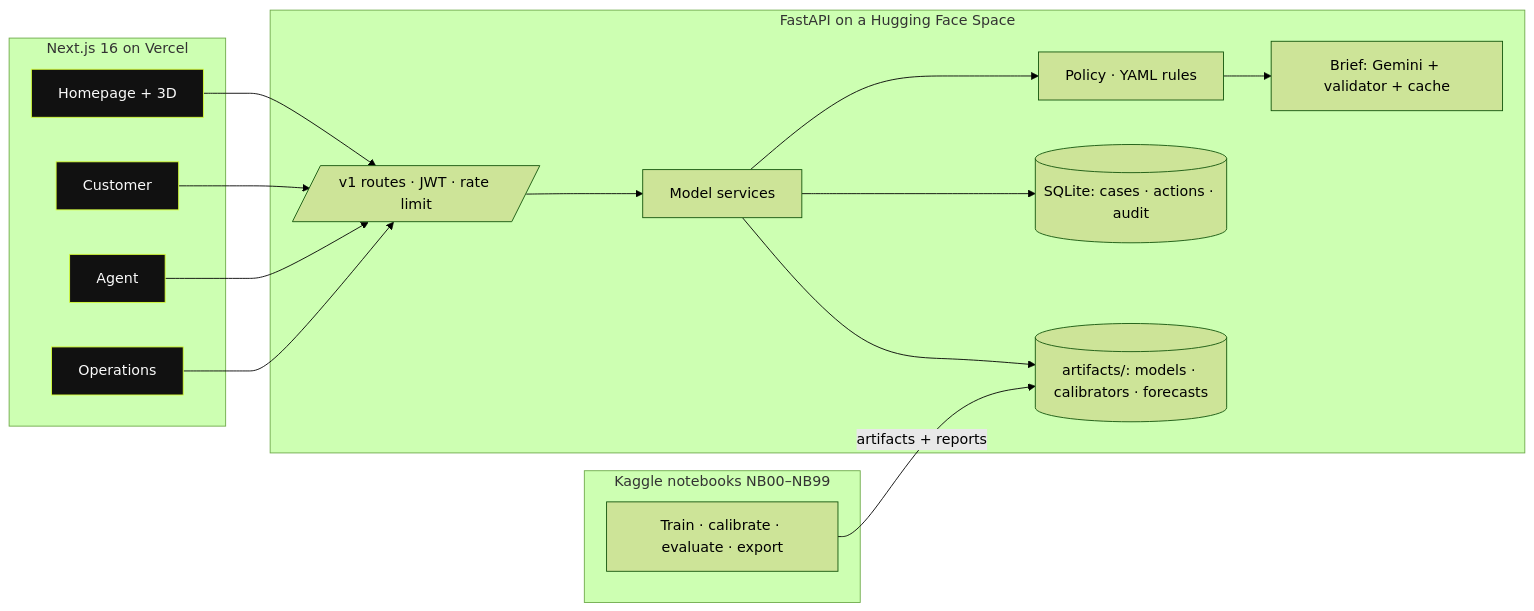
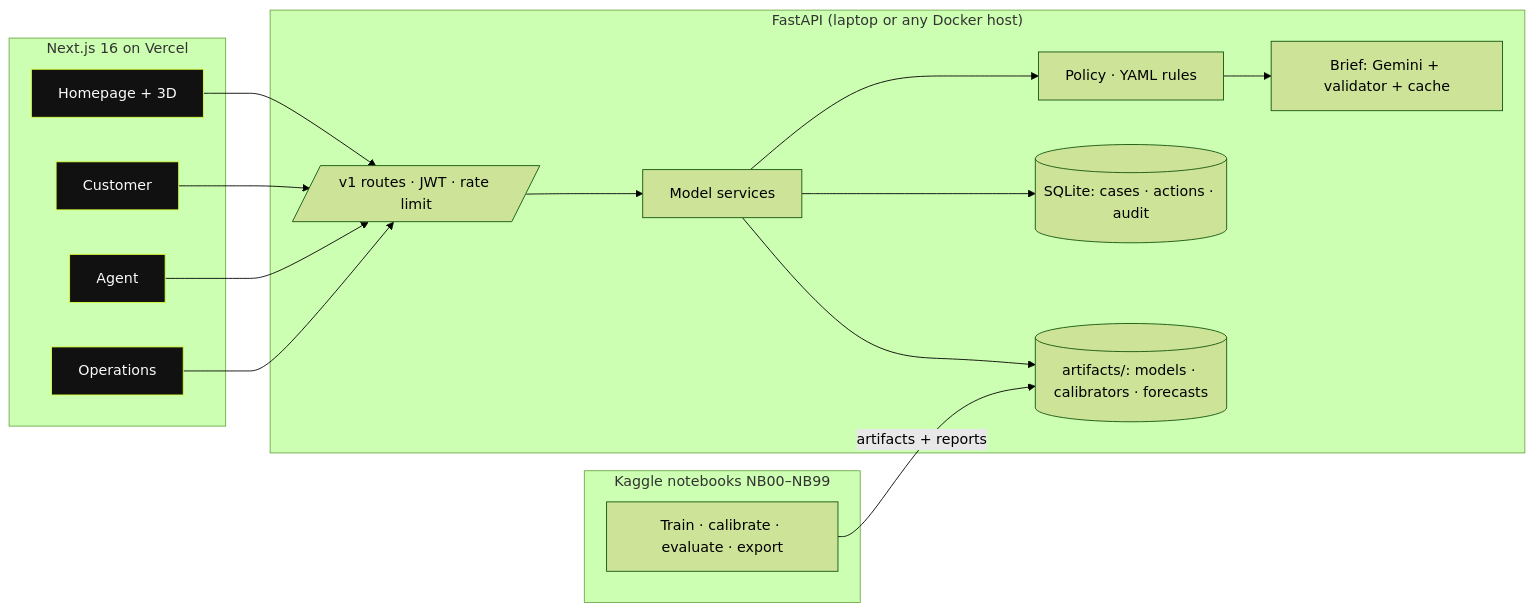
The second of 2 diagrams in README.md (ABRUBAB/takaresolve-ai-hackathon-2026), drawn with Mermaid (forest theme) before and after one commit. The commit also changed other lines of this file and 1 other file, not shown here.

Commit message:
docs: hosting plan that is free in practice (Vercel + recorded mode, laptop API via Cloudflare Quick Tunnel)

````diff
--- a/README.md
+++ b/README.md
@@ -137,25 +137,25 @@
 ```mermaid
 flowchart LR
   subgraph Web["Next.js 16 on Vercel"]
     H[Homepage + 3D]:::p
     C[Customer]:::p
     A[Agent]:::p
     O[Operations]:::p
   end
-  subgraph API["FastAPI on a Hugging Face Space"]
+  subgraph API["FastAPI (laptop or any Docker host)"]
     R[/v1 routes · JWT · rate limit/]
     S[Model services]
     P[Policy · YAML rules]
     B[Brief: Gemini + validator + cache]
     DB[(SQLite: cases · actions · audit)]
     ART[(artifacts/: models · calibrators · forecasts)]
   end
   subgraph K["Kaggle notebooks NB00–NB99"]
     N[Train · calibrate · evaluate · export]
   end
   H & C & A & O --> R --> S --> P --> B
   S --> ART
   S --> DB
   N -- artifacts + reports --> ART
   classDef p fill:#111,stroke:#D7FF3A,color:#FAFAFA
 ```
````
